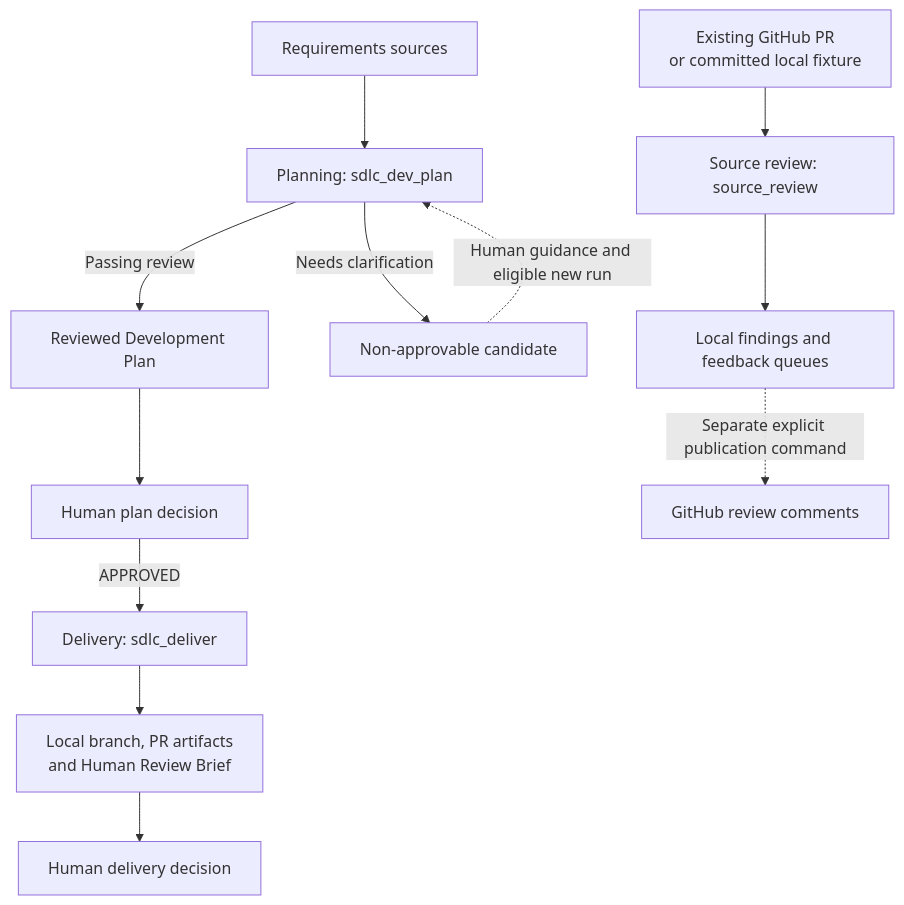
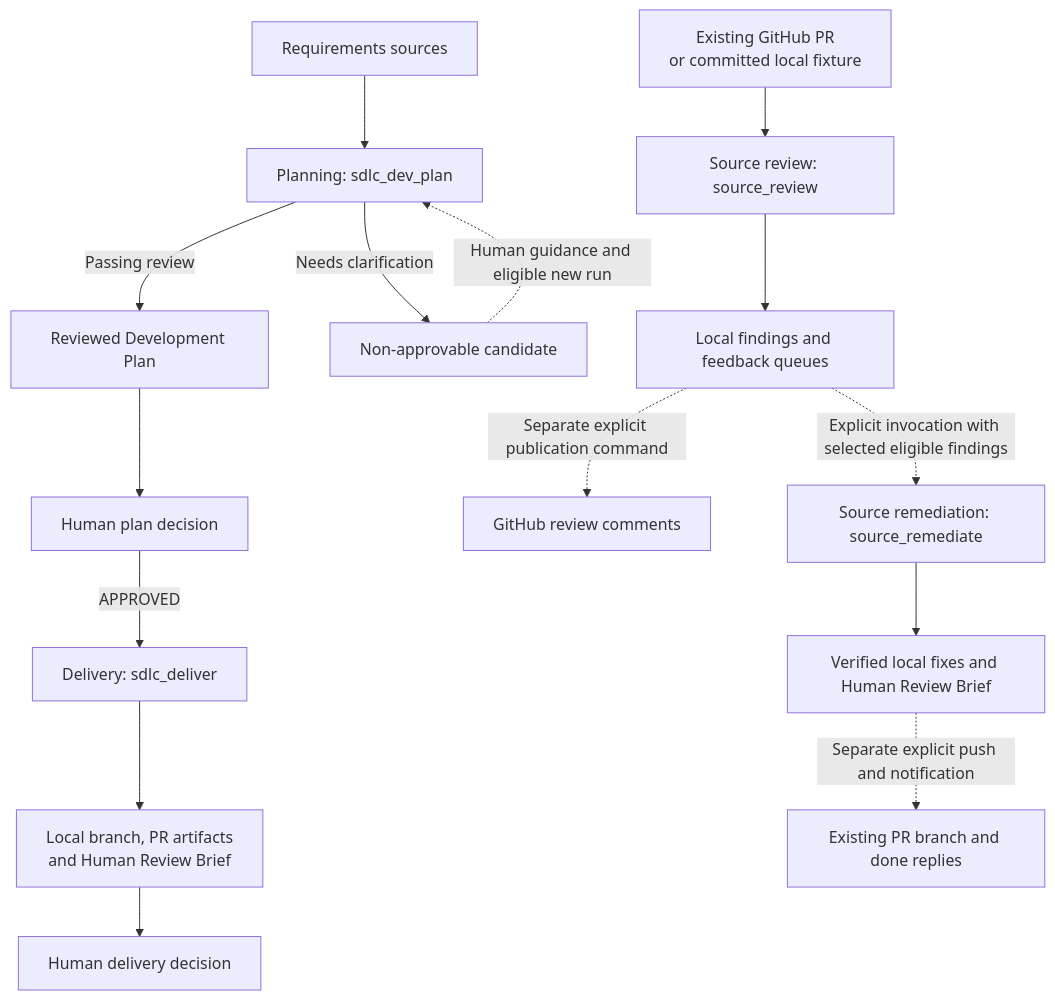
Before and after one commit to somr/awscao_agenticwflw: the first of 6 diagrams in agentic-sdlc-docs/architecture.md, drawn with Mermaid. The commit also changed other lines of this file and 31 other files, not shown here.

Commit message:
Add ticket-independent source remediation workflow

````diff
--- a/agentic-sdlc-docs/architecture.md
+++ b/agentic-sdlc-docs/architecture.md
@@ -9,15 +9,18 @@
 ```mermaid
 flowchart TD
     REQ["Requirements sources"] --> PLAN["Planning: sdlc_dev_plan"]
     PLAN -->|Passing review| DP["Reviewed Development Plan"]
     PLAN -->|Needs clarification| CAND["Non-approvable candidate"]
     CAND -.->|Human guidance and eligible new run| PLAN
     DP --> PA["Human plan decision"]
     PA -->|APPROVED| DEL["Delivery: sdlc_deliver"]
     DEL --> BRIEF["Local branch, PR artifacts<br/>and Human Review Brief"]
     BRIEF --> DA["Human delivery decision"]
 
     PR["Existing GitHub PR<br/>or committed local fixture"] --> SR["Source review: source_review"]
     SR --> FB["Local findings and feedback queues"]
     FB -.->|Separate explicit publication command| GH["GitHub review comments"]
+    FB -.->|Explicit invocation with selected eligible findings| FIX["Source remediation: source_remediate"]
+    FIX --> FIXBRIEF["Verified local fixes and Human Review Brief"]
+    FIXBRIEF -.->|Separate explicit push and notification| DONE["Existing PR branch and done replies"]
 ```
````
